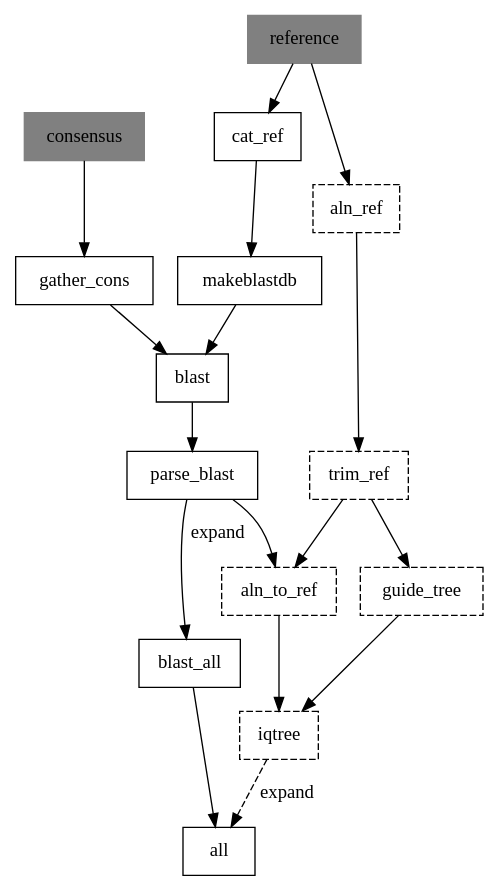
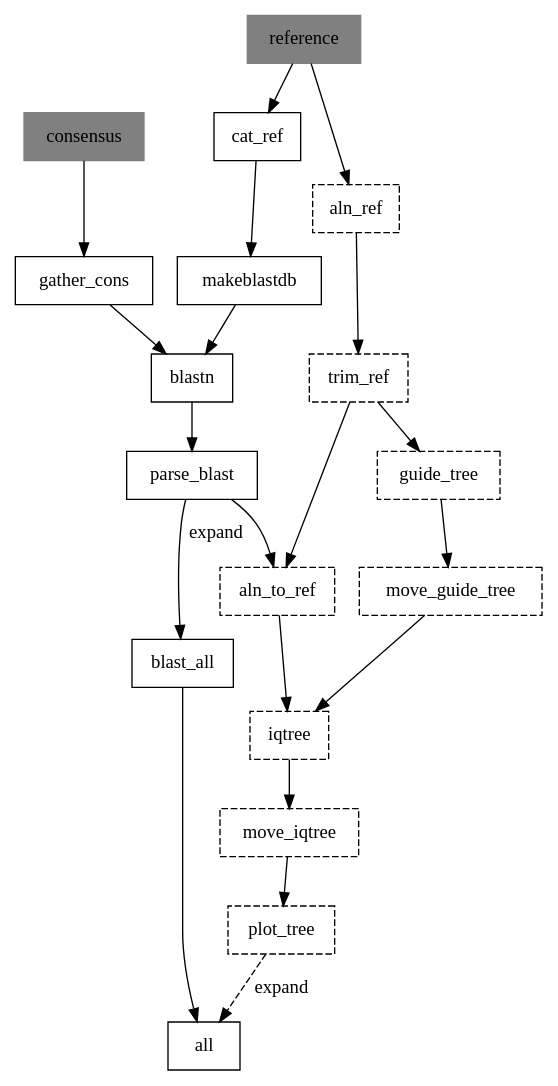
One commit to jakobnissen/FluPhylogeny changed the diagram in workflow.dot. Above: the diagram before and after it, drawn with Graphviz. The commit also changed 2 other files, not shown here.

```diff
--- a/workflow.dot
+++ b/workflow.dot
@@ -1,38 +1,44 @@
 digraph D {
 
     // Raw inputs
     consensus [shape=box, style=filled, color=grey]
     reference [shape=box, style=filled, color=grey]
 
     // Rules
     cat_ref [shape=box]
     makeblastdb [shape=box]
     gather_cons [shape=box]
-    blast [shape=box]
+    blastn [shape=box]
     parse_blast [shape=box]
     blast_all [shape=box]
     aln_ref [shape=box, style=dashed]
     trim_ref [shape=box, style=dashed]
     aln_to_ref [shape=box, style=dashed]
     guide_tree [shape=box, style=dashed]
+    move_guide_tree [shape=box, style=dashed]
     iqtree [shape=box, style=dashed]
+    move_iqtree [shape=box, style=dashed]
+    plot_tree [shape=box, style=dashed]
     all [shape=box]
 
     // Edges before checkpoint
     consensus -> gather_cons
     reference -> {cat_ref, aln_ref}
     cat_ref -> makeblastdb
-    makeblastdb -> blast
-    gather_cons -> blast
-    blast -> parse_blast
+    makeblastdb -> blastn
+    gather_cons -> blastn
+    blastn -> parse_blast
     parse_blast -> blast_all [label=expand]
     parse_blast -> aln_to_ref
     blast_all -> all
 
     // Edges after checkpoint
     aln_ref -> trim_ref
     trim_ref -> {aln_to_ref, guide_tree}
     aln_to_ref -> iqtree
-    guide_tree -> iqtree
-    iqtree -> all [style=dashed, label="expand"]
+    guide_tree -> move_guide_tree
+    move_guide_tree -> iqtree
+    iqtree -> move_iqtree
+    move_iqtree -> plot_tree
+    plot_tree -> all [style=dashed, label="expand"]
 }
```
